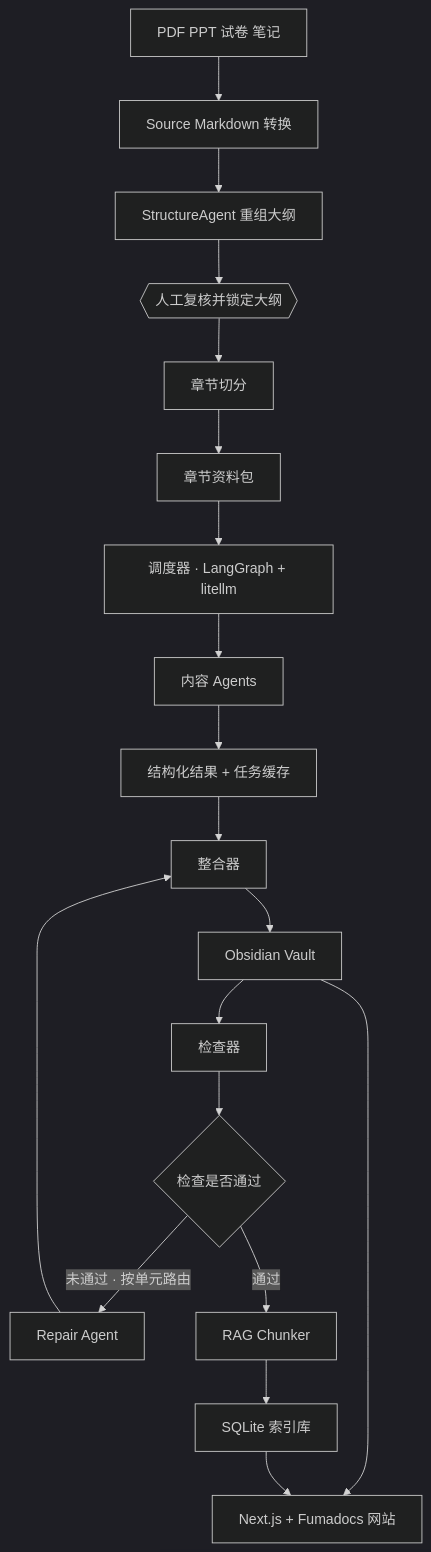
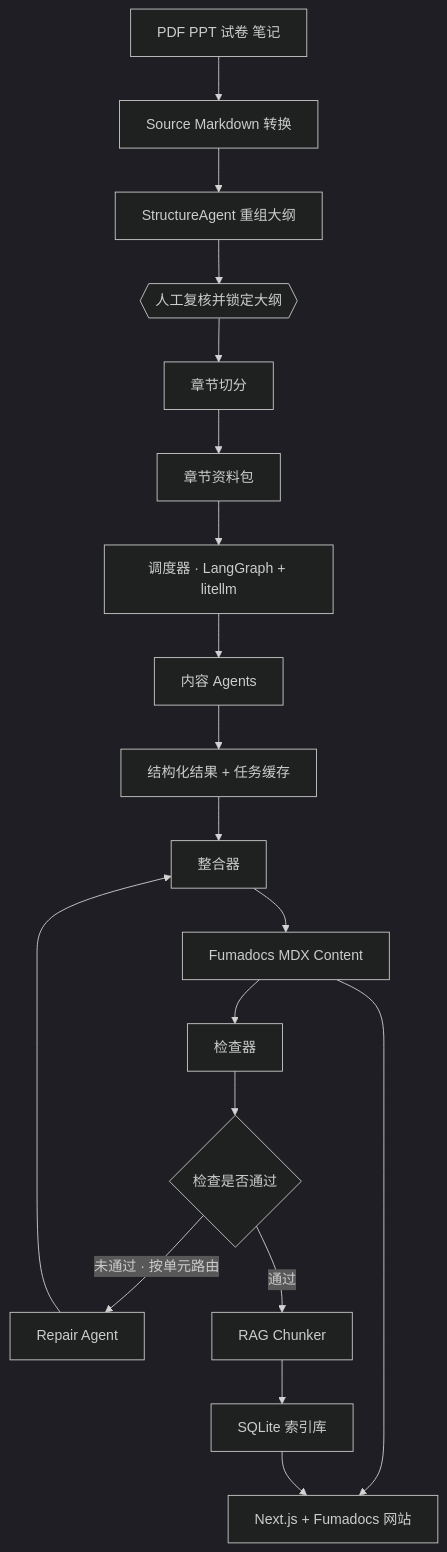
The first of 5 diagrams in design.md (pppwaw/bookwiki), drawn with Mermaid (dark theme) before and after one commit. The commit also changed other lines of this file and 1 other file, not shown here.

Commit message:
docs: switch plan to fumadocs mdx output

````diff
--- a/design.md
+++ b/design.md
@@ -52,21 +52,21 @@
 ```mermaid
 flowchart TD
     A[PDF PPT 试卷 笔记] --> B[Source Markdown 转换]
     B --> C[StructureAgent 重组大纲]
     C --> GATE{{人工复核并锁定大纲}}
     GATE --> D[章节切分]
     D --> P[章节资料包]
     P --> SCHED[调度器 · LangGraph + litellm]
     SCHED --> E[内容 Agents]
     E --> F[结构化结果 + 任务缓存]
     F --> G[整合器]
-    G --> H[Obsidian Vault]
+    G --> H[Fumadocs MDX Content]
     H --> I[检查器]
     I --> J{检查是否通过}
     J -->|未通过 · 按单元路由| K[Repair Agent]
     K --> G
     J -->|通过| L[RAG Chunker]
     L --> M[SQLite 索引库]
     H --> N[Next.js + Fumadocs 网站]
     M --> N
 ```
````
